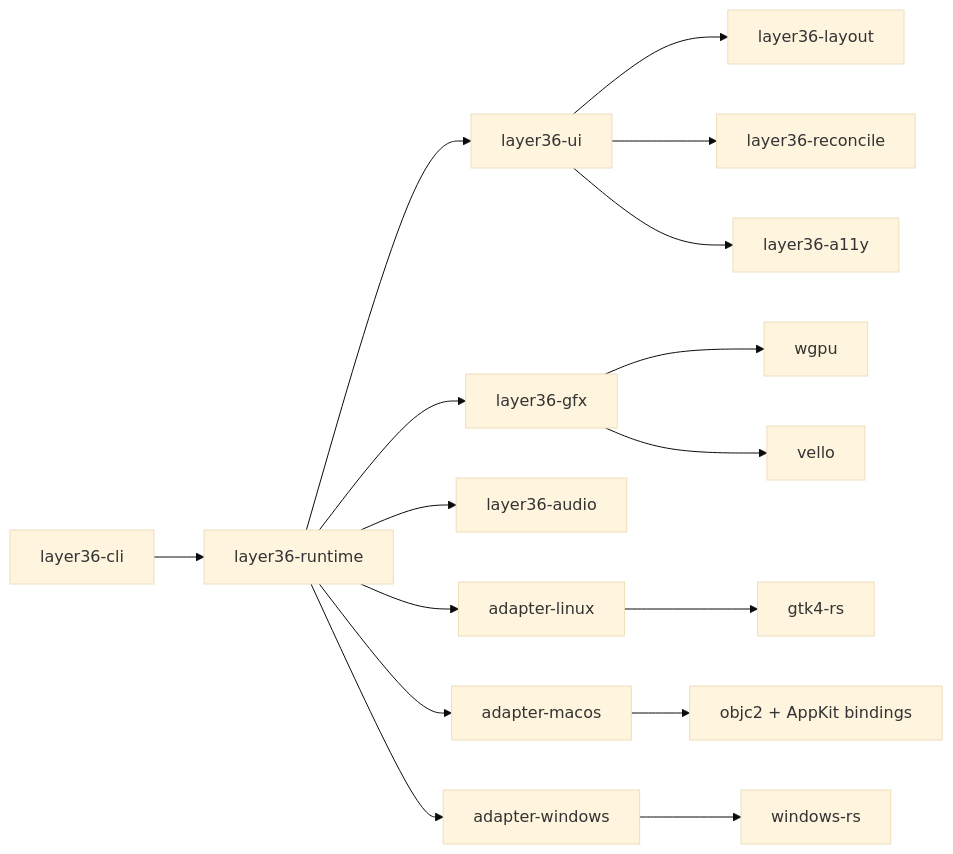
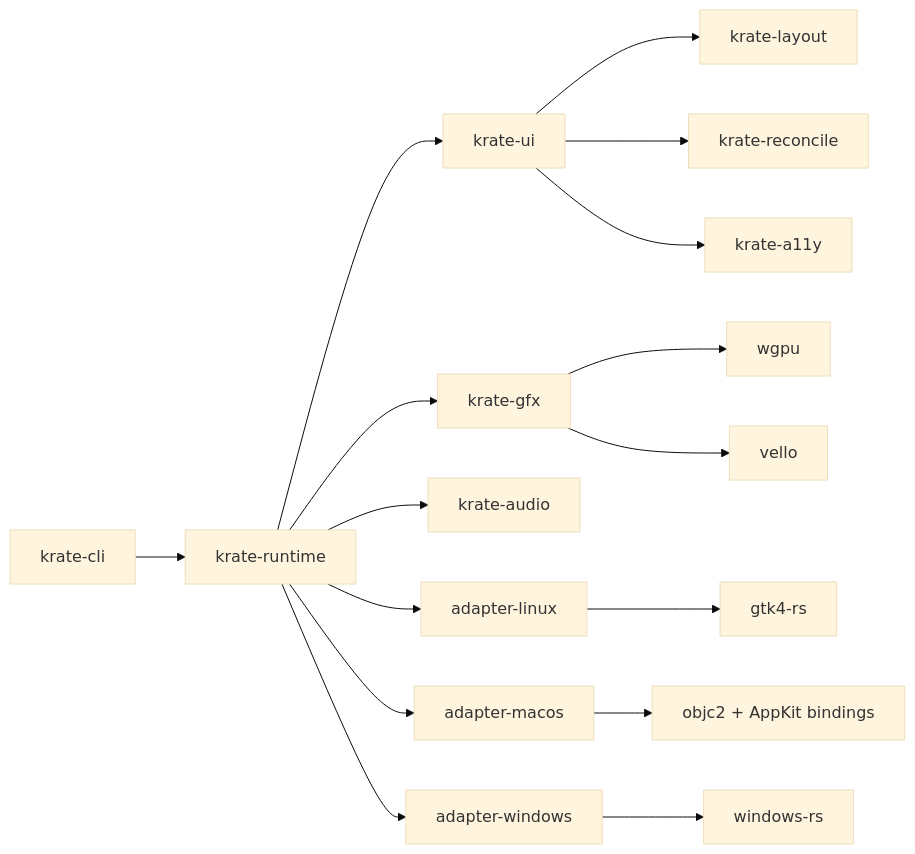
The fourth of 8 diagrams in Plan/Phase-3-Plan.md (incyashraj/krate), drawn with Mermaid (base theme) before and after one commit. The commit also changed other lines of this file and 342 other files, not shown here.

First line of the commit message:
feat!: rename Layer36 to Krate across the entire system (A9 Phase B)

````diff
--- a/Plan/Phase-3-Plan.md
+++ b/Plan/Phase-3-Plan.md
@@ -310,18 +310,18 @@
 ```mermaid
 flowchart LR
-    CLI[layer36-cli] --> RT[layer36-runtime]
-    RT --> UI[layer36-ui]
-    RT --> GFX[layer36-gfx]
-    RT --> AUDIO[layer36-audio]
-    UI --> LAY[layer36-layout]
-    UI --> RECON[layer36-reconcile]
-    UI --> A11Y[layer36-a11y]
+    CLI[krate-cli] --> RT[krate-runtime]
+    RT --> UI[krate-ui]
+    RT --> GFX[krate-gfx]
+    RT --> AUDIO[krate-audio]
+    UI --> LAY[krate-layout]
+    UI --> RECON[krate-reconcile]
+    UI --> A11Y[krate-a11y]
     GFX --> WGPU[wgpu]
     GFX --> VELLO[vello]
     RT --> AD_L[adapter-linux]
     RT --> AD_M[adapter-macos]
     RT --> AD_W[adapter-windows]
     AD_L --> GTK[gtk4-rs]
     AD_M --> COCOA[objc2 + AppKit bindings]
     AD_W --> WIN32[windows-rs]
 ```
````
